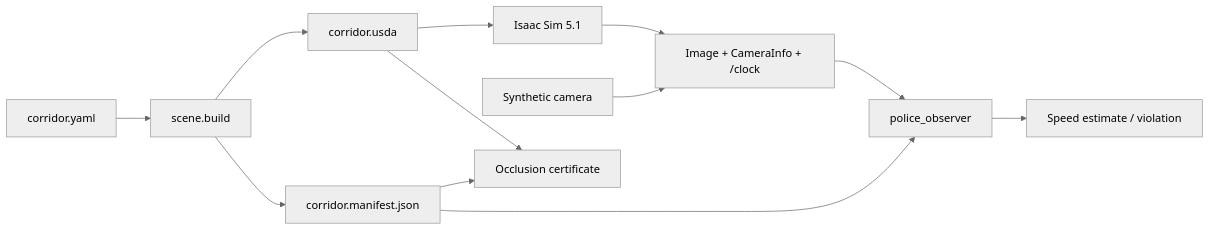
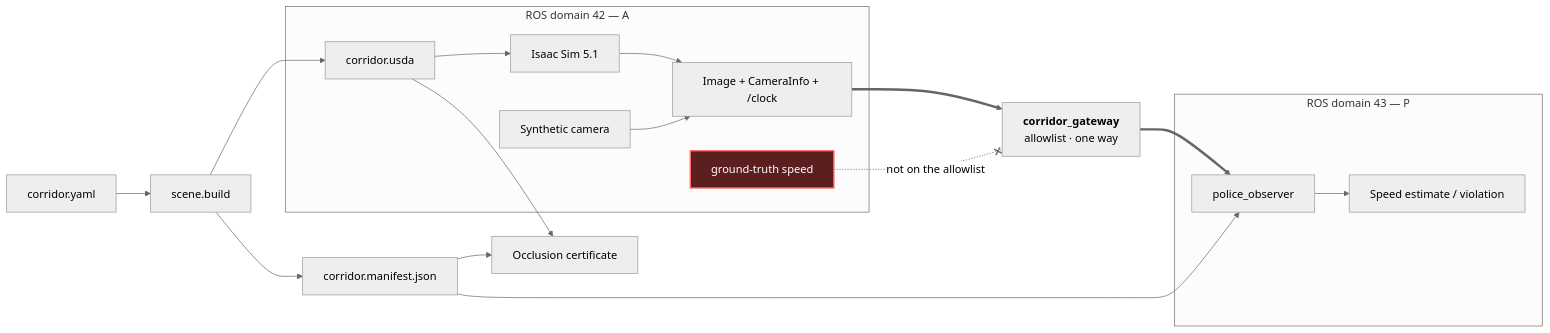
The diagram in README.md (alexandergmzx/corridor-twin), drawn with Mermaid (neutral theme) before and after one commit. The commit also changed other lines of this file and 5 other files, not shown here.

````diff
--- a/README.md
+++ b/README.md
@@ -36,14 +80,27 @@
 ```mermaid
 flowchart LR
     Config["corridor.yaml"] --> Build["scene.build"]
     Build --> USD["corridor.usda"]
     Build --> Manifest["corridor.manifest.json"]
-    USD --> Isaac["Isaac Sim 5.1"]
-    Isaac --> Contract["Image + CameraInfo + /clock"]
-    Synthetic["Synthetic camera"] --> Contract
-    Contract --> Observer["police_observer"]
-    Manifest --> Observer
-    Observer --> Output["Speed estimate / violation"]
     USD --> Proof["Occlusion certificate"]
     Manifest --> Proof
+
+    subgraph RobotDomain["ROS domain 42 &mdash; A"]
+        USD --> Isaac["Isaac Sim 5.1"]
+        Isaac --> Contract["Image + CameraInfo + /clock"]
+        Synthetic["Synthetic camera"] --> Contract
+        Truth["ground-truth speed"]:::blocked
+    end
+
+    Contract ==> GW["<b>corridor_gateway</b><br/>allowlist &middot; one way"]
+
+    subgraph PoliceDomain["ROS domain 43 &mdash; P"]
+        Observer["police_observer"] --> Output["Speed estimate / violation"]
+    end
+
+    GW ==> Observer
+    Manifest --> Observer
+    Truth -. "not on the allowlist" .-x GW
+
+    classDef blocked fill:#5c1f1f,color:#ffffff,stroke:#ff6b6b,stroke-width:2px;
 ```
````
